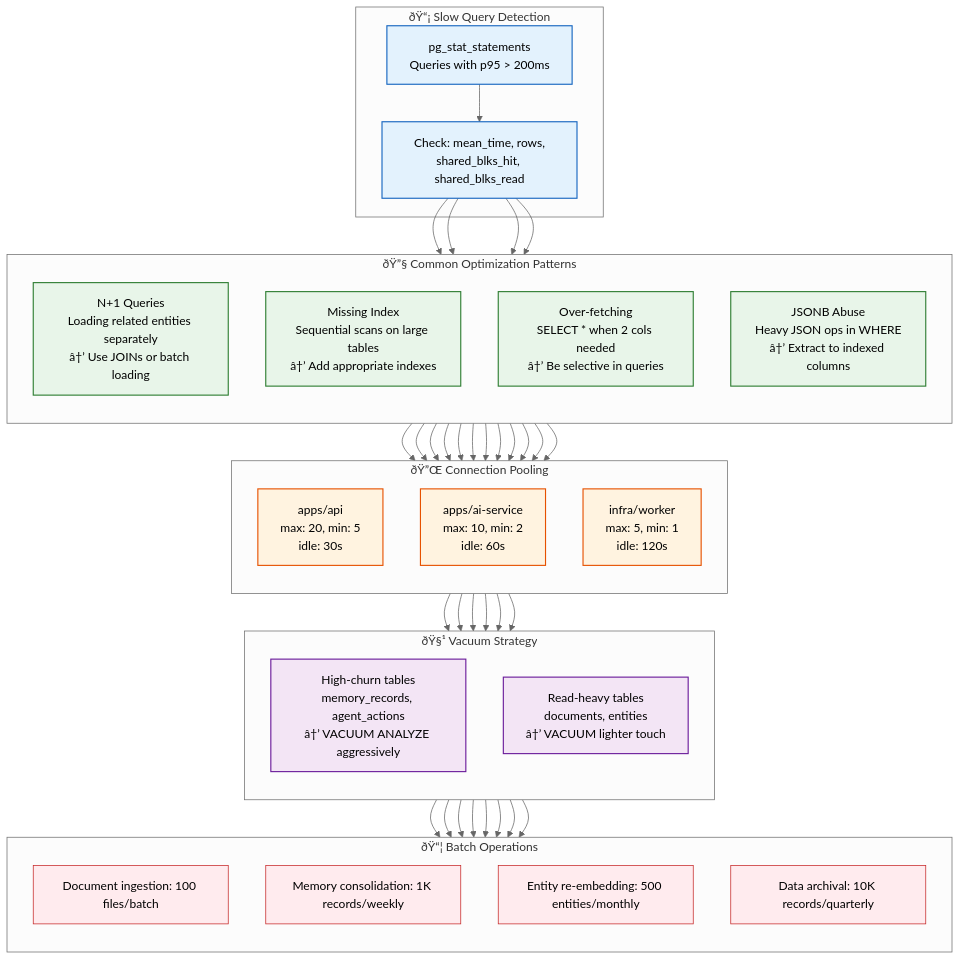
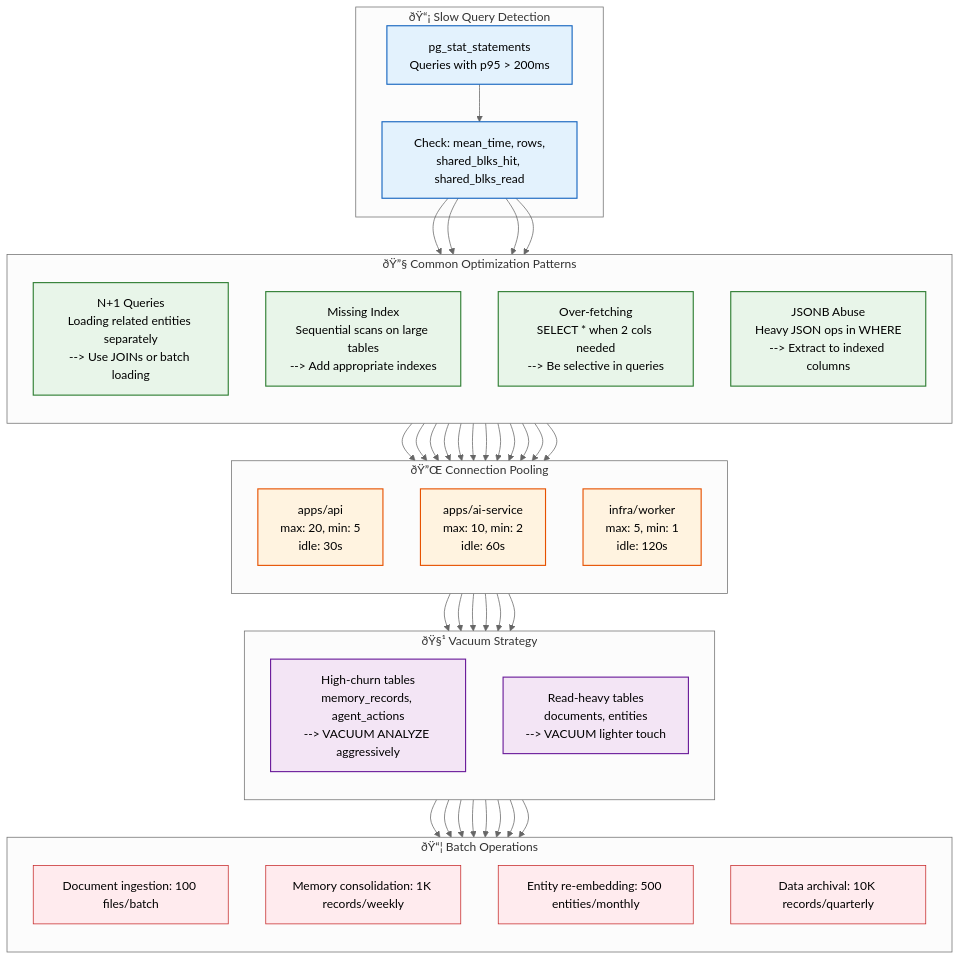
The first of 2 diagrams in Docs/Database/Optimization.md (Driftloom/Vaeloom), drawn with Mermaid (neutral theme) before and after one commit. The commit also changed other lines of this file and 8 other files, not shown here.

Commit message:
docs(db): add database design, schema, ER diagram, and optimization

````diff
--- a/Docs/Database/Optimization.md
+++ b/Docs/Database/Optimization.md
@@ -42,55 +42,55 @@
 ```mermaid
 graph TD
     classDef detect fill:#e3f2fd,stroke:#1565c0,color:#000,stroke-width:1.5px
     classDef pattern fill:#e8f5e9,stroke:#2e7d32,color:#000,stroke-width:1.5px
     classDef pool fill:#fff3e0,stroke:#e65100,color:#000,stroke-width:1.5px
     classDef vacuum fill:#f3e5f5,stroke:#6a1b9a,color:#000,stroke-width:1.5px
     classDef batch fill:#ffebee,stroke:#c62828,color:#000,stroke-width:1px
 
     subgraph Detection["ðŸ“¡ Slow Query Detection"]
         D1["pg_stat_statements<br/>Queries with p95 > 200ms"]
         D2["Check: mean_time, rows,<br/>shared_blks_hit, shared_blks_read"]
     end
 
     subgraph Patterns["ðŸ”§ Common Optimization Patterns"]
         direction TB
-        P1["N+1 Queries<br/>Loading related entities separately<br/>â†’ Use JOINs or batch loading"]
-        P2["Missing Index<br/>Sequential scans on large tables<br/>â†’ Add appropriate indexes"]
-        P3["Over-fetching<br/>SELECT * when 2 cols needed<br/>â†’ Be selective in queries"]
-        P4["JSONB Abuse<br/>Heavy JSON ops in WHERE<br/>â†’ Extract to indexed columns"]
+        P1["N+1 Queries<br/>Loading related entities separately<br/>--> Use JOINs or batch loading"]
+        P2["Missing Index<br/>Sequential scans on large tables<br/>--> Add appropriate indexes"]
+        P3["Over-fetching<br/>SELECT * when 2 cols needed<br/>--> Be selective in queries"]
+        P4["JSONB Abuse<br/>Heavy JSON ops in WHERE<br/>--> Extract to indexed columns"]
     end
 
     subgraph Pooling["ðŸ”Œ Connection Pooling"]
         direction TB
         C1["apps/api<br/>max: 20, min: 5<br/>idle: 30s"]
         C2["apps/ai-service<br/>max: 10, min: 2<br/>idle: 60s"]
         C3["infra/worker<br/>max: 5, min: 1<br/>idle: 120s"]
     end
 
     subgraph Vacuum["ðŸ§¹ Vacuum Strategy"]
         direction TB
-        V1["High-churn tables<br/>memory_records, agent_actions<br/>â†’ VACUUM ANALYZE aggressively"]
-        V2["Read-heavy tables<br/>documents, entities<br/>â†’ VACUUM lighter touch"]
+        V1["High-churn tables<br/>memory_records, agent_actions<br/>--> VACUUM ANALYZE aggressively"]
+        V2["Read-heavy tables<br/>documents, entities<br/>--> VACUUM lighter touch"]
     end
 
     subgraph Batch["ðŸ“¦ Batch Operations"]
         direction TB
         B1["Document ingestion: 100 files/batch"]
         B2["Memory consolidation: 1K records/weekly"]
         B3["Entity re-embedding: 500 entities/monthly"]
         B4["Data archival: 10K records/quarterly"]
     end
 
     D1 --> D2
     D2 --> P1 & P2 & P3 & P4
     P1 & P2 & P3 & P4 --> C1 & C2 & C3
     C1 & C2 & C3 --> V1 & V2
     V1 & V2 --> B1 & B2 & B3 & B4
 
     class D1,D2 detect
     class P1,P2,P3,P4 pattern
     class C1,C2,C3 pool
     class V1,V2 vacuum
     class B1,B2,B3,B4 batch
 
 ```
````
